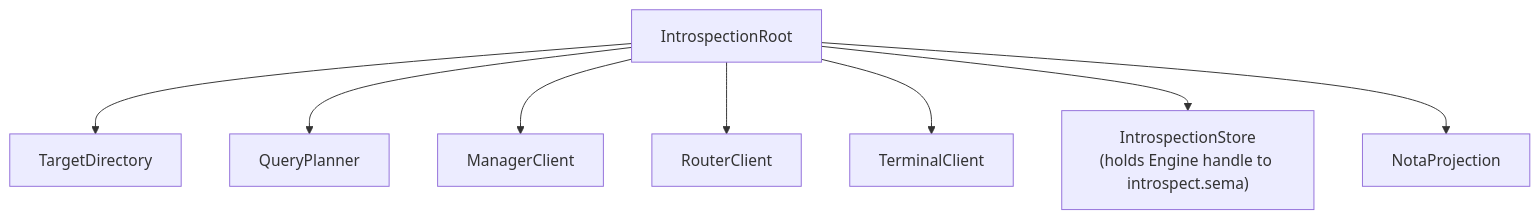
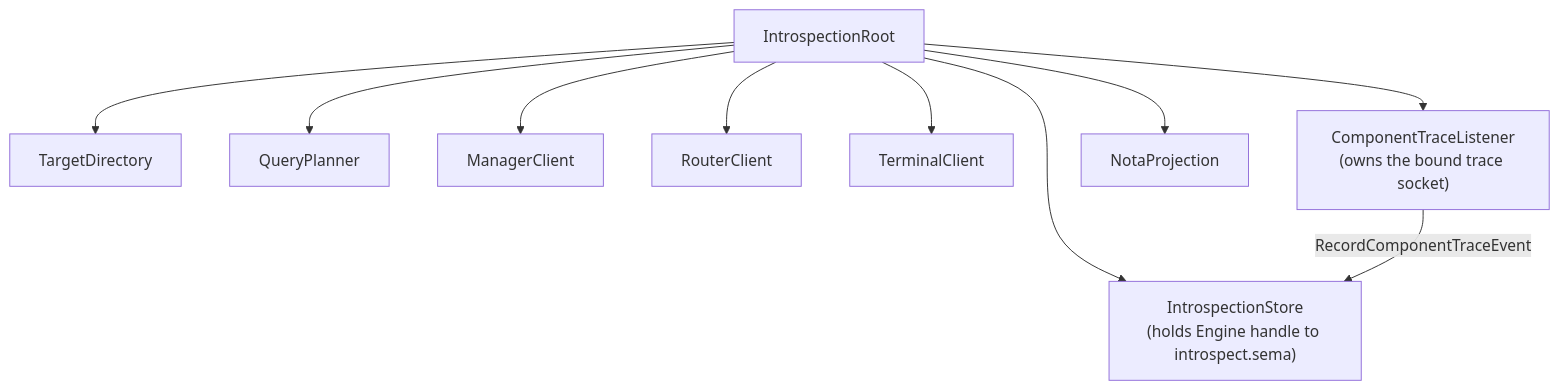
The diagram in ARCHITECTURE.md (LiGoldragon/introspect), drawn with Mermaid before and after one commit. The commit also changed other lines of this file and 10 other files, not shown here.

````diff
--- a/ARCHITECTURE.md
+++ b/ARCHITECTURE.md
@@ -77,19 +90,22 @@
 ```mermaid
 graph TD
     root["IntrospectionRoot"]
     directory["TargetDirectory"]
     planner["QueryPlanner"]
     manager["ManagerClient"]
     router["RouterClient"]
     terminal["TerminalClient"]
+    trace["ComponentTraceListener<br/>(owns the bound trace socket)"]
     store["IntrospectionStore<br/>(holds Engine handle to introspect.sema)"]
     projection["NotaProjection"]
 
     root --> directory
     root --> planner
     root --> manager
     root --> router
     root --> terminal
+    root --> trace
     root --> store
     root --> projection
+    trace -->|RecordComponentTraceEvent| store
 ```
````
